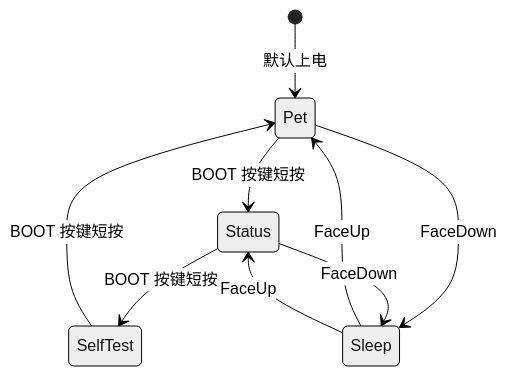
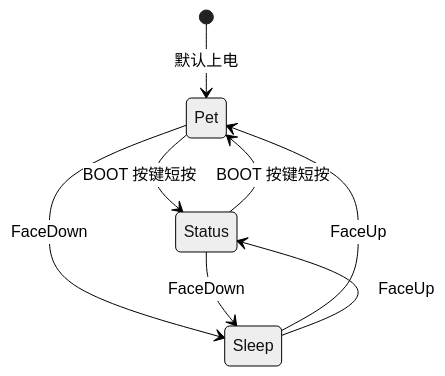
Before and after one commit to onenewcode/digivice: the diagram in docs/architecture/04-ui-and-graphics.md, drawn with Mermaid (neutral theme). The commit also changed other lines of this file and 22 other files, not shown here.

````diff
--- a/docs/architecture/04-ui-and-graphics.md
+++ b/docs/architecture/04-ui-and-graphics.md
@@ -145,11 +145,10 @@
 ```mermaid
 stateDiagram-v2
     [*] --> Pet: 默认上电
     Pet --> Status: BOOT 按键短按
-    Status --> SelfTest: BOOT 按键短按
-    SelfTest --> Pet: BOOT 按键短按
+    Status --> Pet: BOOT 按键短按
     Pet --> Sleep: FaceDown
     Sleep --> Pet: FaceUp
     Status --> Sleep: FaceDown
     Sleep --> Status: FaceUp
 ```
````
